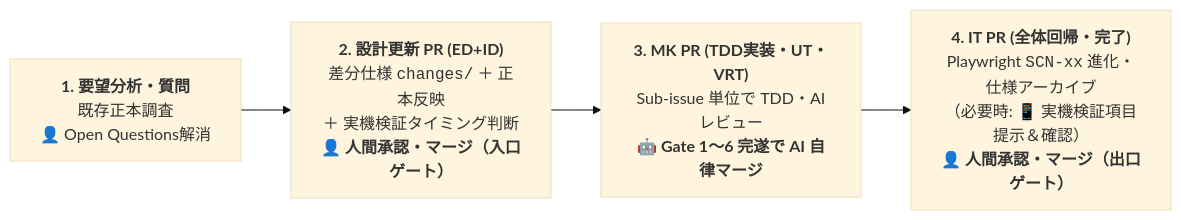
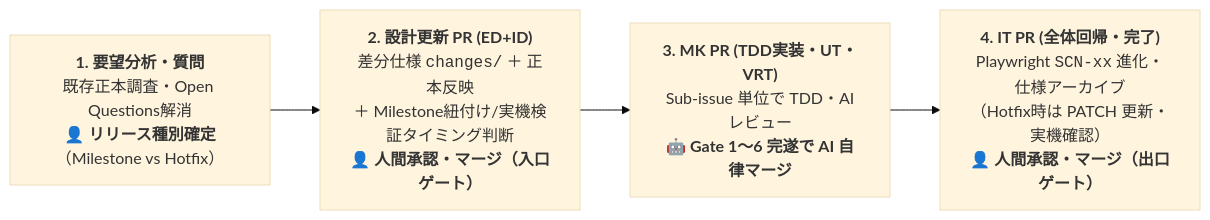
Before and after one commit to high-soar/Yommy: the diagram in docs/guidelines/workflow.md, drawn with Mermaid (base theme). The commit also changed other lines of this file and 7 other files, not shown here.

First line of the commit message:
docs(guidelines): 親Issue設計フェーズのリリース種別（Milestone vs Hotfix）確定・Milestone紐付けゲートおよび完了時クローズ手順を整備 (#380)

````diff
--- a/docs/guidelines/workflow.md
+++ b/docs/guidelines/workflow.md
@@ -49,9 +51,9 @@
 ```mermaid
 flowchart LR
-    Step1["<b>1. 要望分析・質問</b><br>既存正本調査<br>👤 Open Questions解消"]
-    Step2["<b>2. 設計更新 PR (ED+ID)</b><br>差分仕様 <code>changes/</code> ＋ 正本反映<br>＋ 実機検証タイミング判断<br>👤 <b>人間承認・マージ（入口ゲート）</b>"]
+    Step1["<b>1. 要望分析・質問</b><br>既存正本調査・Open Questions解消<br>👤 <b>リリース種別確定</b>（Milestone vs Hotfix）"]
+    Step2["<b>2. 設計更新 PR (ED+ID)</b><br>差分仕様 <code>changes/</code> ＋ 正本反映<br>＋ Milestone紐付け/実機検証タイミング判断<br>👤 <b>人間承認・マージ（入口ゲート）</b>"]
     Step3["<b>3. MK PR (TDD実装・UT・VRT)</b><br>Sub-issue 単位で TDD・AIレビュー<br>🤖 <b>Gate 1〜6 完遂で AI 自律マージ</b>"]
-    Step4["<b>4. IT PR (全体回帰・完了)</b><br>Playwright <code>SCN-xx</code> 進化・仕様アーカイブ<br>（必要時: 📱 実機検証項目提示＆確認）<br>👤 <b>人間承認・マージ（出口ゲート）</b>"]
+    Step4["<b>4. IT PR (全体回帰・完了)</b><br>Playwright <code>SCN-xx</code> 進化・仕様アーカイブ<br>（Hotfix時は PATCH 更新・実機確認）<br>👤 <b>人間承認・マージ（出口ゲート）</b>"]
 
     Step1 --> Step2 --> Step3 --> Step4
 ```
````
